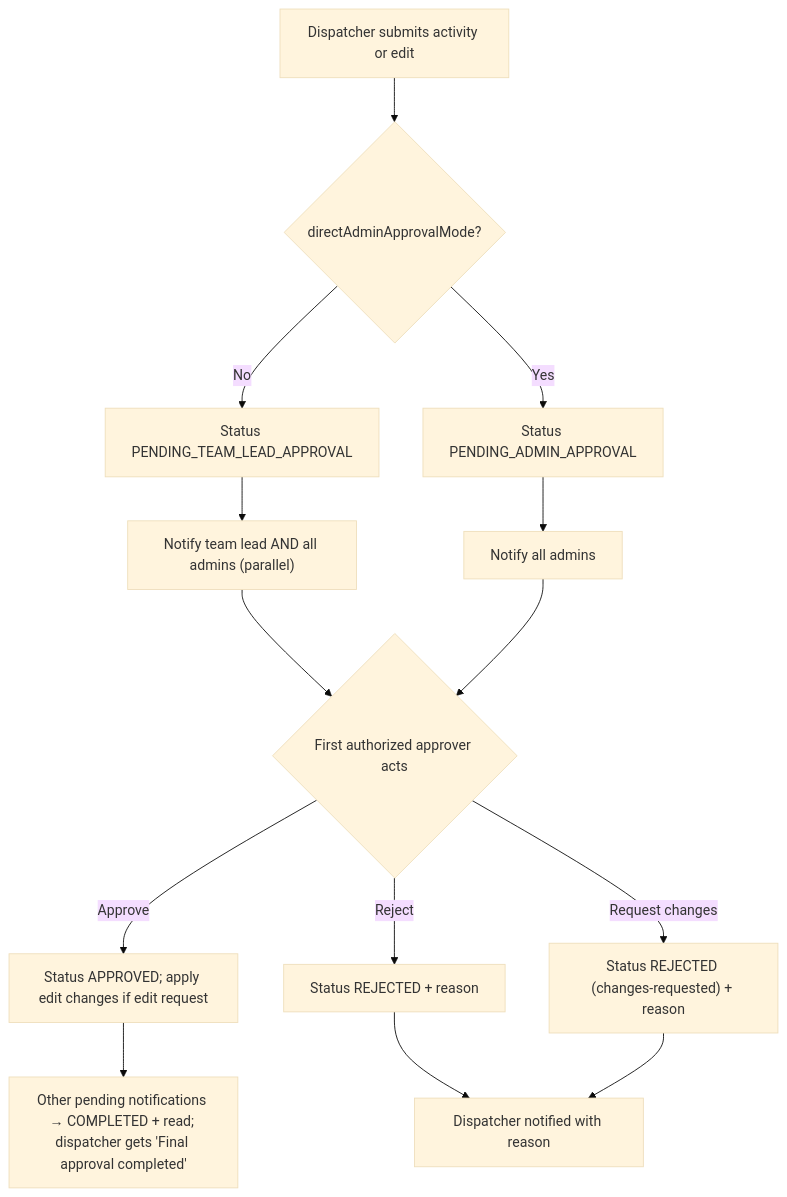
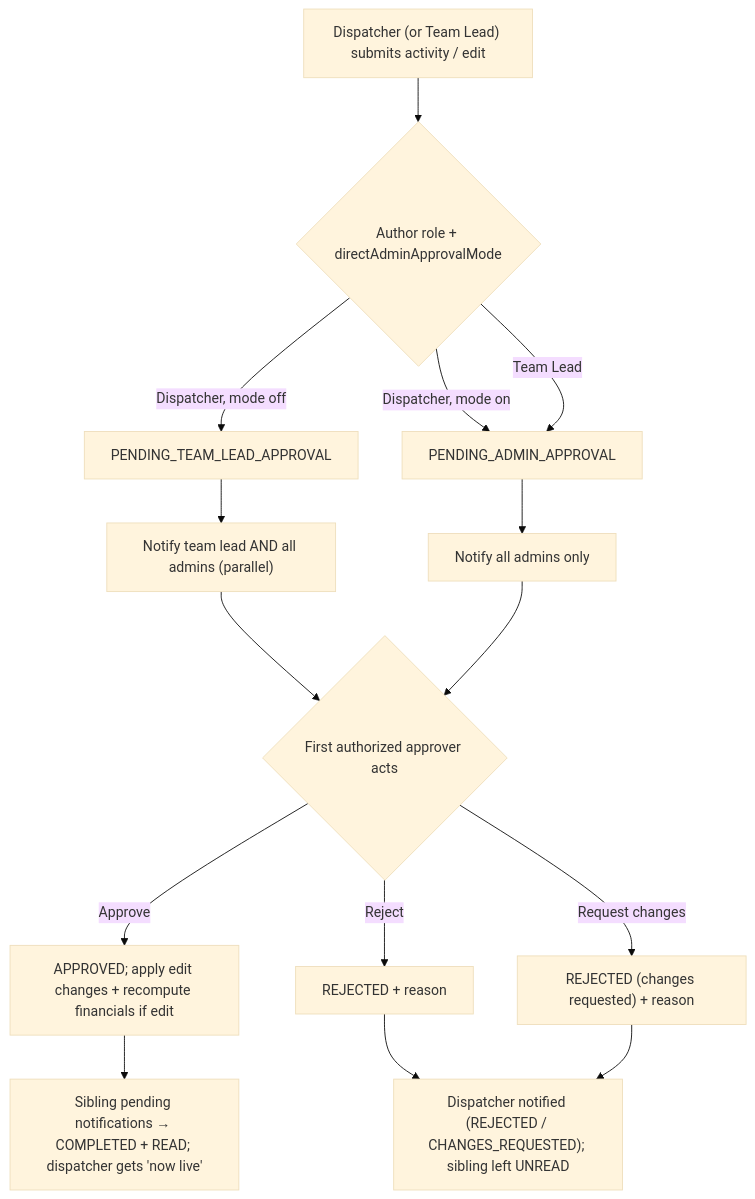
One commit to muhammadjamshed7/dispatcher-performance-platform changed the third of 10 diagrams in SYSTEM_FLOW.md. Above: the diagram before and after it, drawn with Mermaid (base theme). The commit also changed other lines of this file and 32 other files, not shown here.

````diff
--- a/SYSTEM_FLOW.md
+++ b/SYSTEM_FLOW.md
@@ -253,14 +610,15 @@
 ```mermaid
 flowchart TD
-  S["Dispatcher submits activity or edit"] --> T{"directAdminApprovalMode?"}
-  T -->|No| U["Status PENDING_TEAM_LEAD_APPROVAL"]
-  T -->|Yes| V["Status PENDING_ADMIN_APPROVAL"]
+  S["Dispatcher (or Team Lead) submits activity / edit"] --> T{"Author role + directAdminApprovalMode"}
+  T -->|Dispatcher, mode off| U["PENDING_TEAM_LEAD_APPROVAL"]
+  T -->|Dispatcher, mode on| V["PENDING_ADMIN_APPROVAL"]
+  T -->|Team Lead| V
   U --> W["Notify team lead AND all admins (parallel)"]
-  V --> X["Notify all admins"]
+  V --> X["Notify all admins only"]
   W & X --> Y{"First authorized approver acts"}
-  Y -->|Approve| Z["Status APPROVED; apply edit changes if edit request"]
-  Y -->|Reject| AA["Status REJECTED + reason"]
-  Y -->|Request changes| AB["Status REJECTED (changes-requested) + reason"]
-  Z --> AC["Other pending notifications → COMPLETED + read; dispatcher gets 'Final approval completed'"]
-  AA & AB --> AD["Dispatcher notified with reason"]
+  Y -->|Approve| Z["APPROVED; apply edit changes + recompute financials if edit"]
+  Y -->|Reject| AA["REJECTED + reason"]
+  Y -->|Request changes| AB["REJECTED (changes requested) + reason"]
+  Z --> AC["Sibling pending notifications → COMPLETED + READ; dispatcher gets 'now live'"]
+  AA & AB --> AD["Dispatcher notified (REJECTED / CHANGES_REQUESTED); sibling left UNREAD"]
 ```
````
